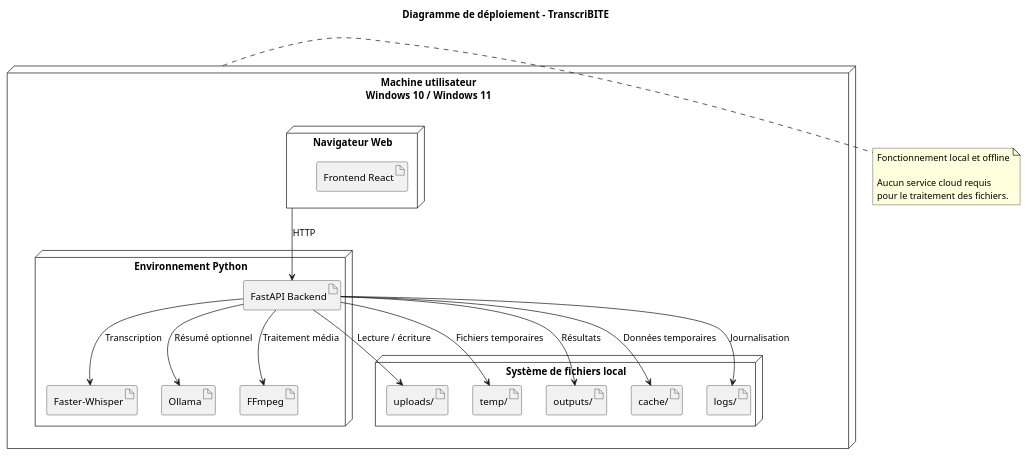
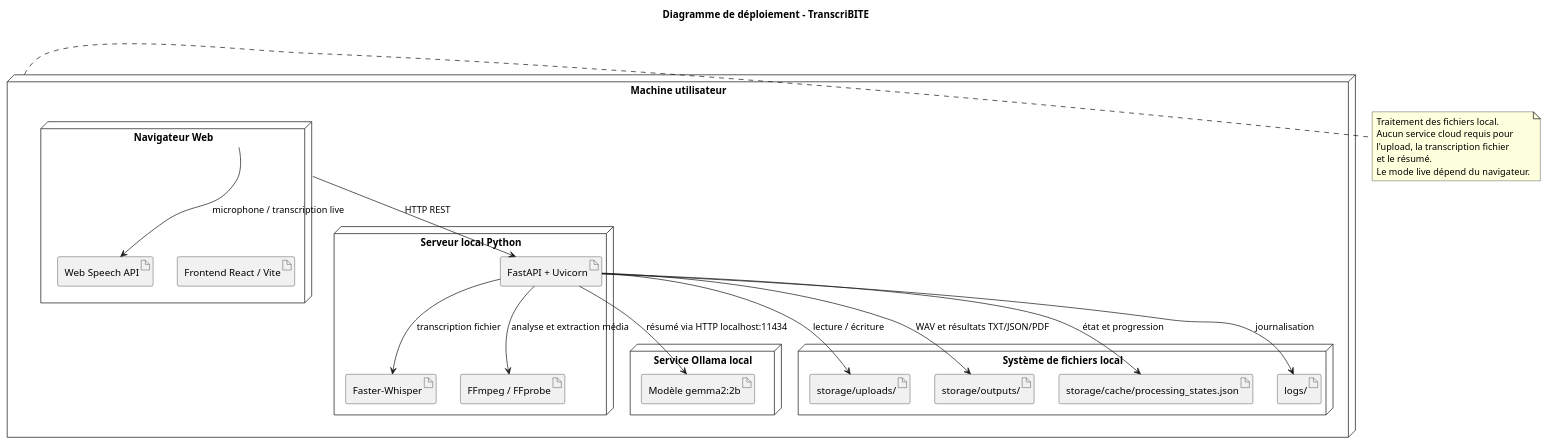
Before and after one commit to ilyas5555359/TranscriBITE: the diagram in docs/uml/deployment_diagram.puml, drawn with PlantUML. The commit also changed 4 other files, not shown here.

Commit message:
docs: update UML diagrams for current platform

```diff
--- a/docs/uml/deployment_diagram.puml
+++ b/docs/uml/deployment_diagram.puml
@@ -1,44 +1,45 @@
 @startuml
 title Diagramme de déploiement - TranscriBITE
 
-node "Machine utilisateur\nWindows 10 / Windows 11" as PC {
-
+node "Machine utilisateur" as PC {
     node "Navigateur Web" as Browser {
-        artifact "Frontend React" as Frontend
+        artifact "Frontend React / Vite" as Frontend
+        artifact "Web Speech API" as SpeechAPI
     }
 
-    node "Environnement Python" as Python {
-        artifact "FastAPI Backend" as Backend
+    node "Serveur local Python" as Python {
+        artifact "FastAPI + Uvicorn" as Backend
         artifact "Faster-Whisper" as Whisper
-        artifact "Ollama" as Ollama
-        artifact "FFmpeg" as FFmpeg
+        artifact "FFmpeg / FFprobe" as MediaTools
+    }
+
+    node "Service Ollama local" as OllamaNode {
+        artifact "Modèle gemma2:2b" as OllamaModel
     }
 
     node "Système de fichiers local" as Storage {
-        artifact "uploads/" as Uploads
-        artifact "temp/" as Temp
-        artifact "outputs/" as Outputs
-        artifact "cache/" as Cache
+        artifact "storage/uploads/" as Uploads
+        artifact "storage/outputs/" as Outputs
+        artifact "storage/cache/processing_states.json" as Cache
         artifact "logs/" as Logs
     }
 }
 
-Browser --> Backend : HTTP
-Backend --> FFmpeg : Traitement média
-Backend --> Whisper : Transcription
-Backend --> Ollama : Résumé optionnel
-
-Backend --> Uploads : Lecture / écriture
-Backend --> Temp : Fichiers temporaires
-Backend --> Outputs : Résultats
-Backend --> Cache : Données temporaires
-Backend --> Logs : Journalisation
+Browser --> Backend : HTTP REST
+Browser --> SpeechAPI : microphone / transcription live
+Backend --> MediaTools : analyse et extraction média
+Backend --> Whisper : transcription fichier
+Backend --> OllamaModel : résumé via HTTP localhost:11434
+Backend --> Uploads : lecture / écriture
+Backend --> Outputs : WAV et résultats TXT/JSON/PDF
+Backend --> Cache : état et progression
+Backend --> Logs : journalisation
 
 note right of PC
-    Fonctionnement local et offline
-
-    Aucun service cloud requis
-    pour le traitement des fichiers.
+    Traitement des fichiers local.
+    Aucun service cloud requis pour
+    l'upload, la transcription fichier
+    et le résumé.
+    Le mode live dépend du navigateur.
 end note
-
 @enduml
```
